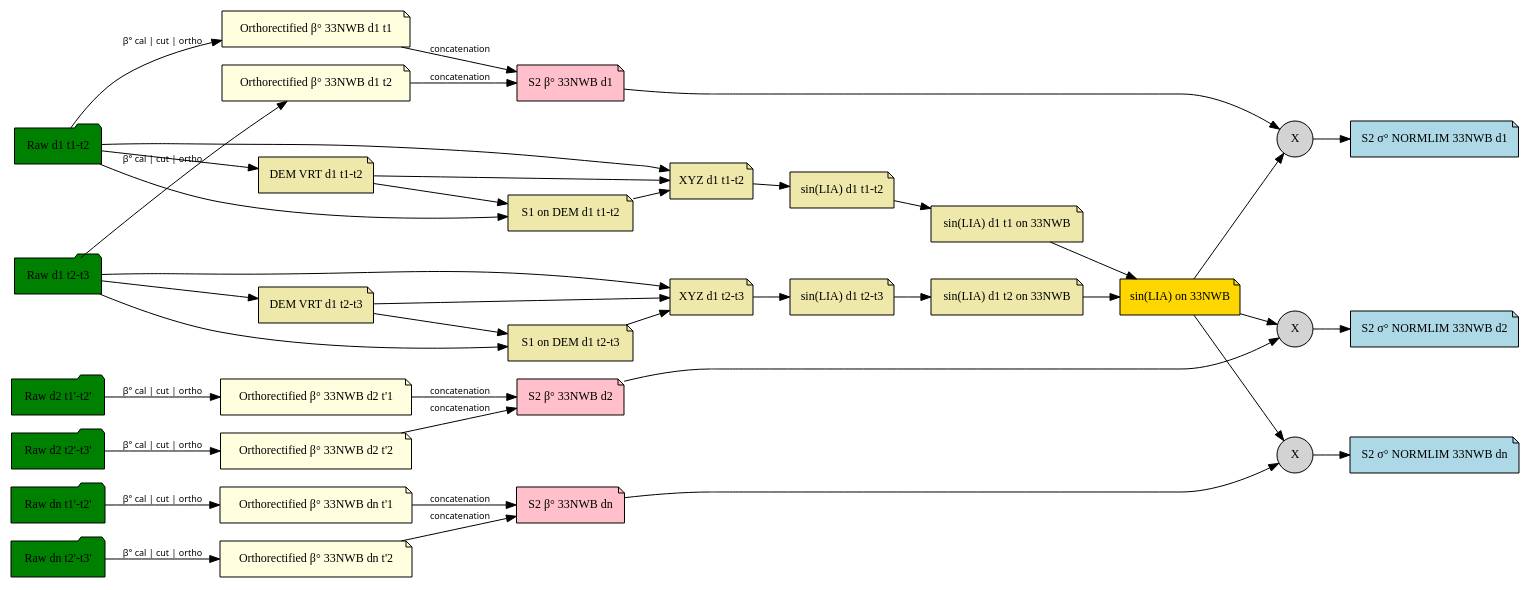
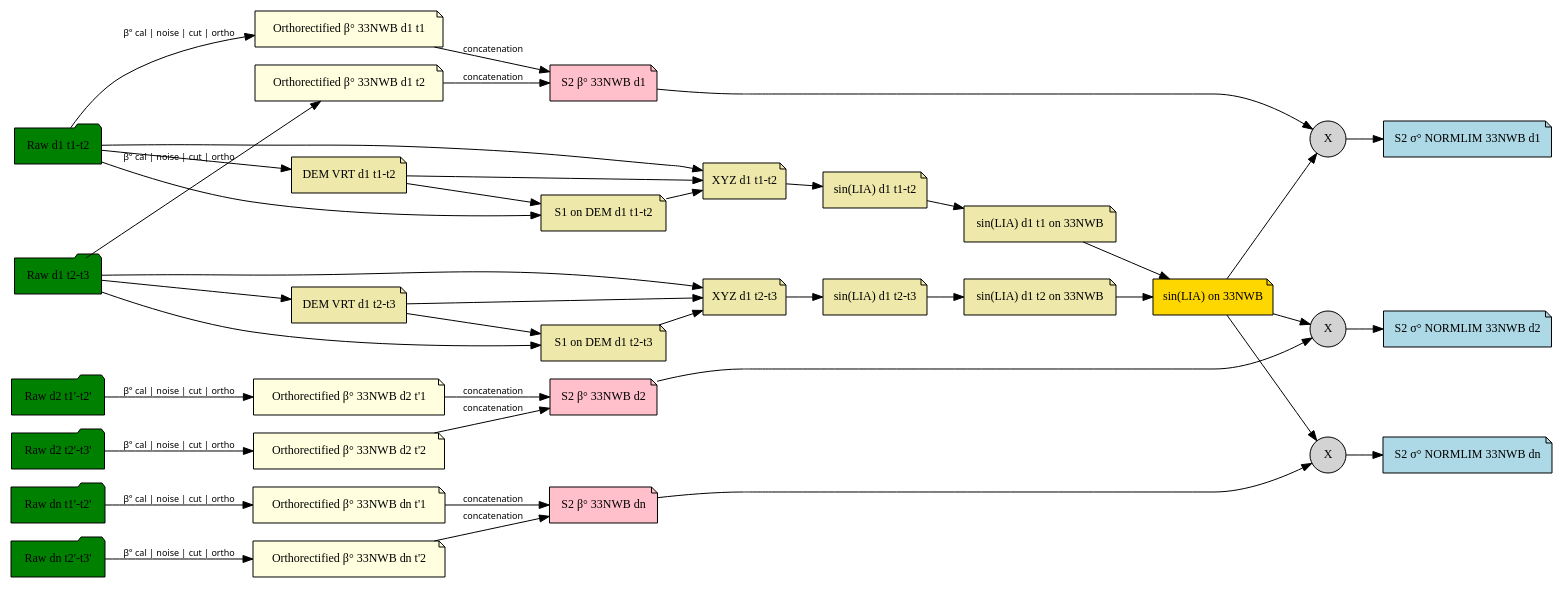
The diagram in docs/dataflow-normlim.rst (CNES/S1Tiling), drawn with Graphviz before and after one commit.

Commit message:
DOC: Add 'noise' handling in diagram

```diff
--- a/docs/dataflow-normlim.rst
+++ b/docs/dataflow-normlim.rst
@@ -108,12 +108,12 @@
          nwb_d2_b0 [label="S2 β° 33NWB d2", href="files.html#full-S2-tiles", fillcolor=pink]
          nwb_dn_b0 [label="S2 β° 33NWB dn", href="files.html#full-S2-tiles", fillcolor=pink]
 
-         raw_d1_t1t2 -> o_nwb_d1_t1 [label="β° cal | cut | ortho"];
-         raw_d1_t2t3 -> o_nwb_d1_t2 [label="β° cal | cut | ortho"];
-         raw_d2_t1t2 -> o_nwb_d2_t1 [label="β° cal | cut | ortho"];
-         raw_d2_t2t3 -> o_nwb_d2_t2 [label="β° cal | cut | ortho"];
-         raw_dn_t1t2 -> o_nwb_dn_t1 [label="β° cal | cut | ortho"];
-         raw_dn_t2t3 -> o_nwb_dn_t2 [label="β° cal | cut | ortho"];
+         raw_d1_t1t2 -> o_nwb_d1_t1 [label="β° cal | noise | cut | ortho"];
+         raw_d1_t2t3 -> o_nwb_d1_t2 [label="β° cal | noise | cut | ortho"];
+         raw_d2_t1t2 -> o_nwb_d2_t1 [label="β° cal | noise | cut | ortho"];
+         raw_d2_t2t3 -> o_nwb_d2_t2 [label="β° cal | noise | cut | ortho"];
+         raw_dn_t1t2 -> o_nwb_dn_t1 [label="β° cal | noise | cut | ortho"];
+         raw_dn_t2t3 -> o_nwb_dn_t2 [label="β° cal | noise | cut | ortho"];
 
          o_nwb_d1_t1 -> nwb_d1_b0 [label="concatenation"];
          o_nwb_d1_t2 -> nwb_d1_b0 [label="concatenation"];
```
